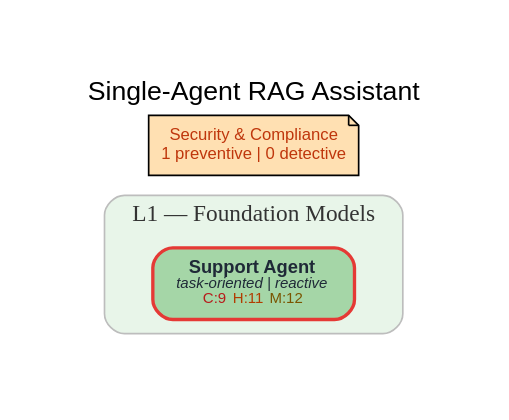
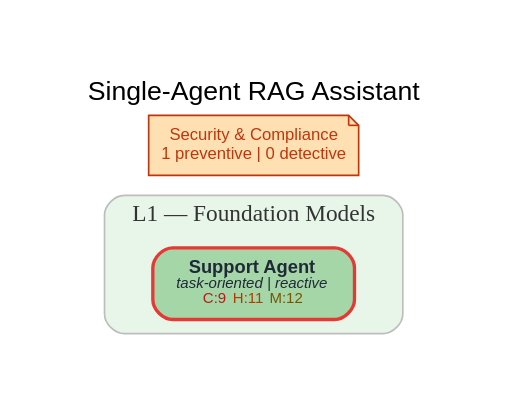
The diagram in 14 MAESTRO/single-agent-rag (toml)/graph__graphviz.dot (vulnex/usecvislib-gallery), drawn with Graphviz before and after one commit. The commit also changed 506 other files, not shown here.

```diff
--- a/14 MAESTRO/single-agent-rag (toml)/graph__graphviz.dot
+++ b/14 MAESTRO/single-agent-rag (toml)/graph__graphviz.dot
@@ -1,57 +1,58 @@
 digraph "Single-Agent RAG Assistant" {
 	graph [bb="0,0,218,165",
 		bgcolor=white,
 		compound=true,
 		fontname=Arial,
 		fontsize=16,
 		label="Single-Agent RAG Assistant",
 		labelloc=t,
 		lheight=0.25,
 		lp="109,152",
 		lwidth=2.81,
 		nodesep=0.6,
 		pad=0.5,
 		rankdir=LR,
 		ranksep=0.8,
 		splines=polyline
 	];
 	node [label="\N"];
 	subgraph "cluster_graph_foundation-models" {
 		graph [bb="19.5,8,198.5,91",
 			color="#bdbdbd",
 			fillcolor="#e8f5e9",
 			fontcolor="#333333",
 			fontname="Arial Bold",
 			fontsize=14,
 			label="L1 — Foundation Models",
 			lheight=0.21,
 			lp="109,79.5",
 			lwidth=2.26,
 			penwidth=1,
 			style="filled,rounded"
 		];
 		graph_agent_support_agent	[color="#e53935",
 			fillcolor="#a5d6a7",
 			fontcolor="#1f2937",
 			fontname=Arial,
 			fontsize=11,
 			height=0.59722,
 			label=<<B>Support Agent</B><BR/><FONT POINT-SIZE='9'><I>task-oriented | reactive</I></FONT><BR/><FONT POINT-SIZE='9'><FONT COLOR='#b71c1c'>C:9</FONT> <FONT COLOR='#b23c00'>H:11</FONT> <FONT COLOR='#7a5400'>M:12</FONT></FONT>>,
 			margin="0.2,0.1",
 			penwidth=2,
 			pos="109,38",
 			shape=box,
 			style="filled,rounded",
 			width=1.6806];
 	}
-	security_summary_graph	[fillcolor="#ffe0b2",
+	security_summary_graph	[color="#bf360c",
+		fillcolor="#ffe0b2",
 		fontcolor="#bf360c",
 		fontname=Arial,
 		fontsize=10,
 		height=0.5,
 		label="Security & Compliance\n1 preventive | 0 detective",
 		pos="109,121",
 		shape=note,
 		style=filled,
 		width=1.75];
 }
```
